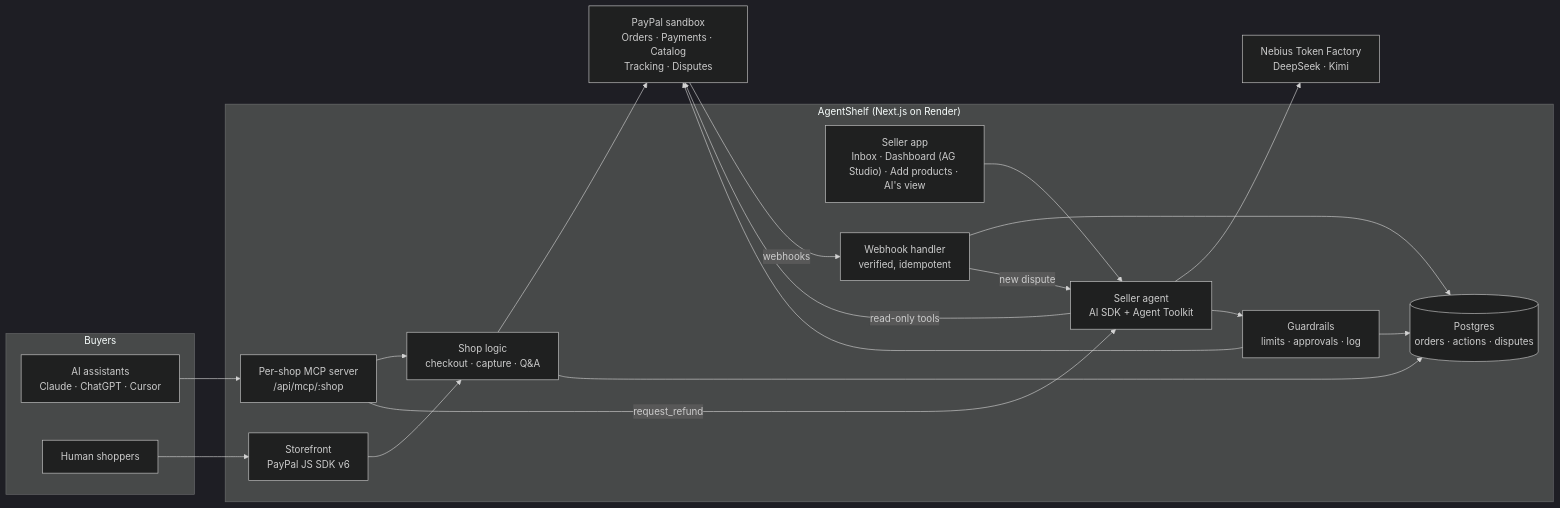
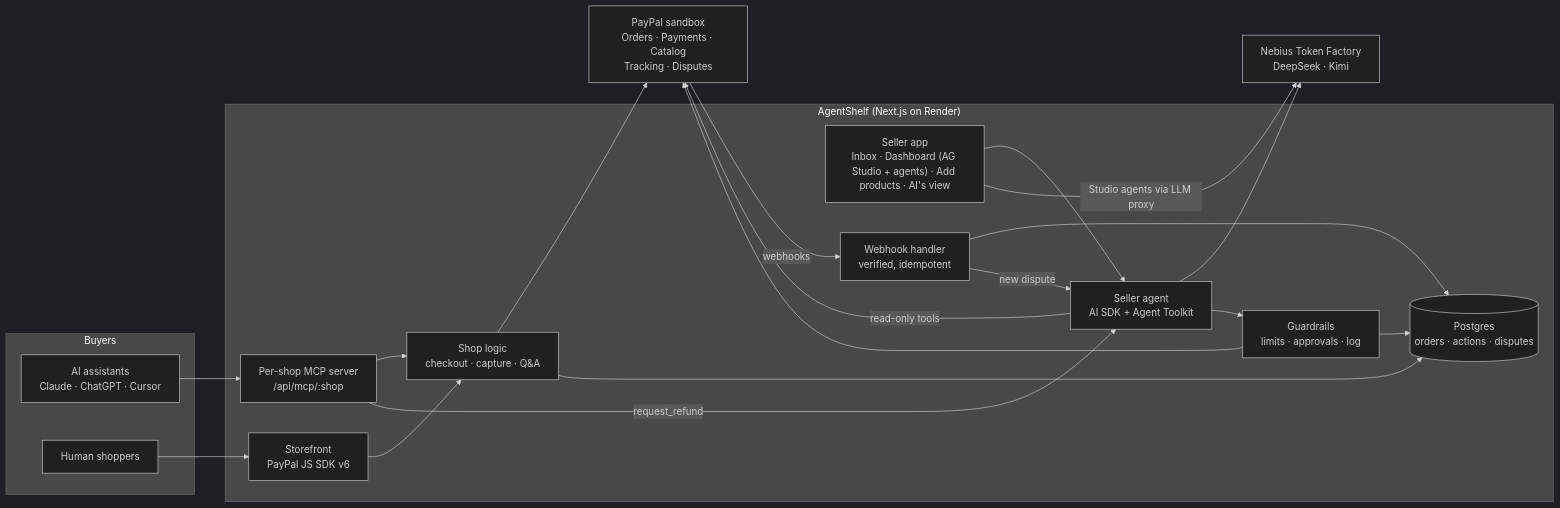
The diagram in README.md (zaxcoraider/AgentShelf), drawn with Mermaid (dark theme) before and after one commit. The commit also changed other lines of this file, not shown here.

Commit message:
README: AG Studio agents and custom widgets

````diff
--- a/README.md
+++ b/README.md
@@ -65,32 +67,33 @@
 ```mermaid
 flowchart LR
   subgraph Buyers
     AI["AI assistants<br/>Claude · ChatGPT · Cursor"]
     H["Human shoppers"]
   end
   subgraph AgentShelf["AgentShelf (Next.js on Render)"]
     MCP["Per-shop MCP server<br/>/api/mcp/:shop"]
     SF["Storefront<br/>PayPal JS SDK v6"]
     SHOP["Shop logic<br/>checkout · capture · Q&A"]
     AGENT["Seller agent<br/>AI SDK + Agent Toolkit"]
     GUARD["Guardrails<br/>limits · approvals · log"]
-    UI["Seller app<br/>Inbox · Dashboard (AG Studio) · Add products · AI's view"]
+    UI["Seller app<br/>Inbox · Dashboard (AG Studio + agents) · Add products · AI's view"]
     WH["Webhook handler<br/>verified, idempotent"]
     DB[("Postgres<br/>orders · actions · disputes")]
   end
   LLM["Nebius Token Factory<br/>DeepSeek · Kimi"]
   PP["PayPal sandbox<br/>Orders · Payments · Catalog<br/>Tracking · Disputes"]
 
   AI --> MCP --> SHOP
   H --> SF --> SHOP
   SHOP --> PP
   SHOP --> DB
   MCP -- request_refund --> AGENT
   UI --> AGENT
+  UI -- Studio agents via LLM proxy --> LLM
   AGENT --> LLM
   AGENT -- read-only tools --> PP
   AGENT --> GUARD --> PP
   GUARD --> DB
   PP -- webhooks --> WH --> DB
   WH -- new dispute --> AGENT
 ```
````
